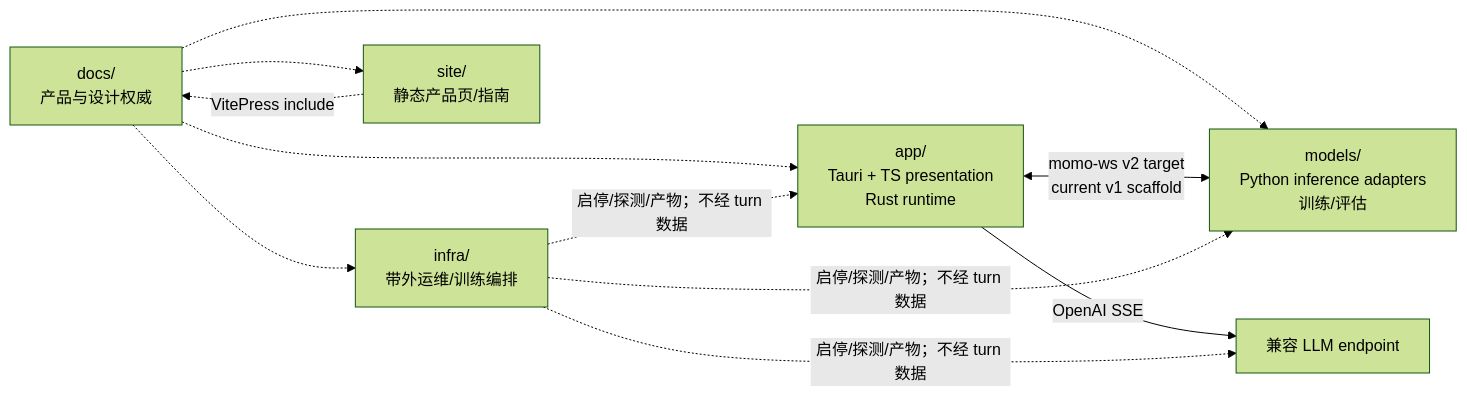
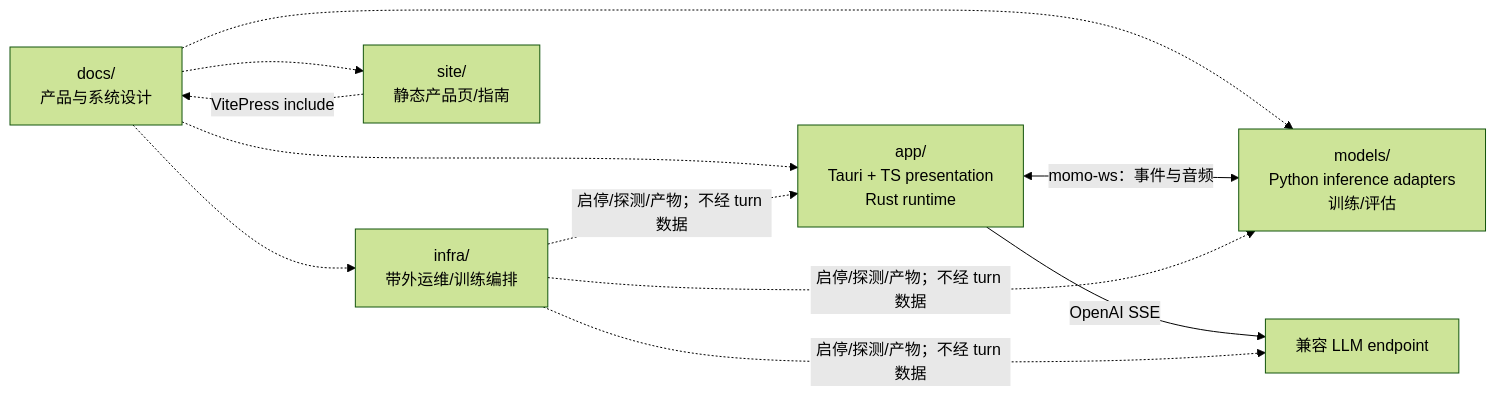
Before and after one commit to Momoyeyu/momo: the diagram in docs/README.md, drawn with Mermaid (forest theme). The commit also changed other lines of this file and 23 other files, not shown here.

````diff
--- a/docs/README.md
+++ b/docs/README.md
@@ -13,11 +17,11 @@
 ```mermaid
 flowchart LR
-    DOCS["docs/<br/>产品与设计权威"] -.-> APP["app/<br/>Tauri + TS presentation<br/>Rust runtime"]
+    DOCS["docs/<br/>产品与系统设计"] -.-> APP["app/<br/>Tauri + TS presentation<br/>Rust runtime"]
     DOCS -.-> MODELS["models/<br/>Python inference adapters<br/>训练/评估"]
     DOCS -.-> INFRA["infra/<br/>带外运维/训练编排"]
     DOCS -.-> SITE["site/<br/>静态产品页/指南"]
-    APP <-->|"momo-ws v2 target<br/>current v1 scaffold"| MODELS
+    APP <-->|"momo-ws：事件与音频"| MODELS
     APP -->|"OpenAI SSE"| LLM["兼容 LLM endpoint"]
     INFRA -.->|"启停/探测/产物；不经 turn 数据"| APP & MODELS & LLM
     SITE -.->|"VitePress include"| DOCS
 ```
````
